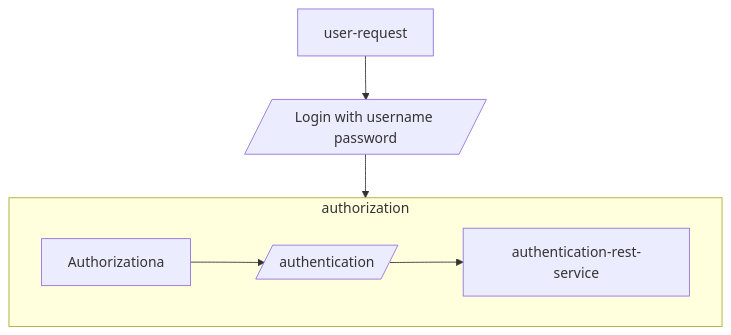
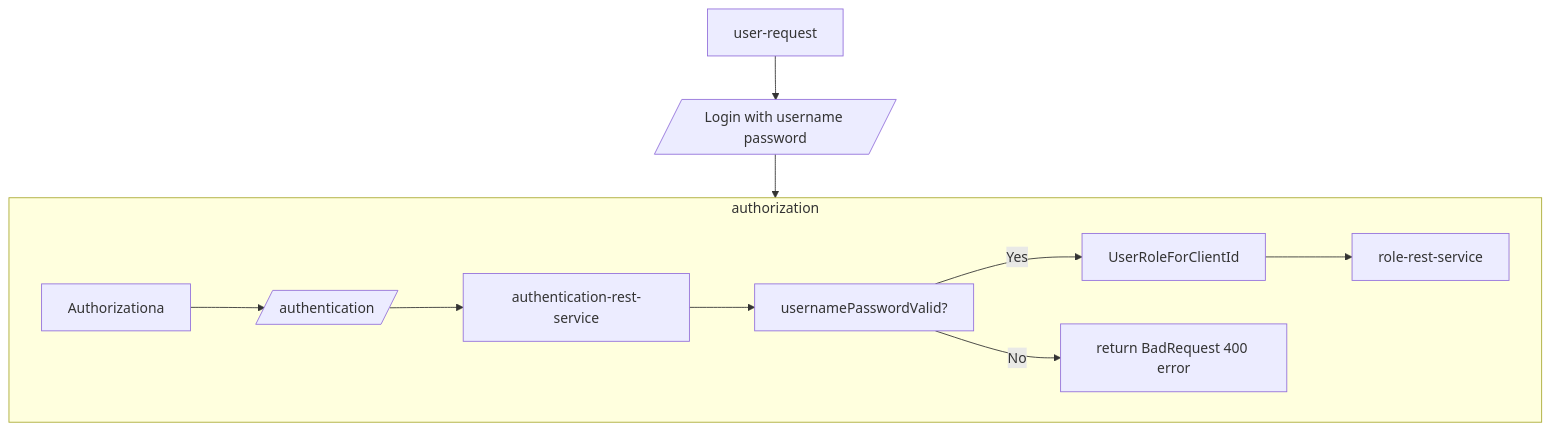
The diagram in README.md (sonamsamdupkhangsar/spring-authorization-serve), drawn with Mermaid before and after one commit.

````diff
--- a/README.md
+++ b/README.md
@@ -35,8 +35,12 @@
 ```mermaid
 flowchart TD
  User[user-request] -->login[/Login with username password/]--> authorization[Authorization]
  
  subgraph authorization
  Authorizationa-->authenticate[/authentication/]--> authentication[authentication-rest-service]
+ authentication --> validateUsernameAndPassword["usernamePasswordValid?"]
+ validateUsernameAndPassword -->|Yes| getUserRoleForClientId[UserRoleForClientId]
+ validateUsernameAndPassword -->|No| returnError[return BadRequest 400 error]
+ getUserRoleForClientId --> role-rest-service
  end 
 ```
````
